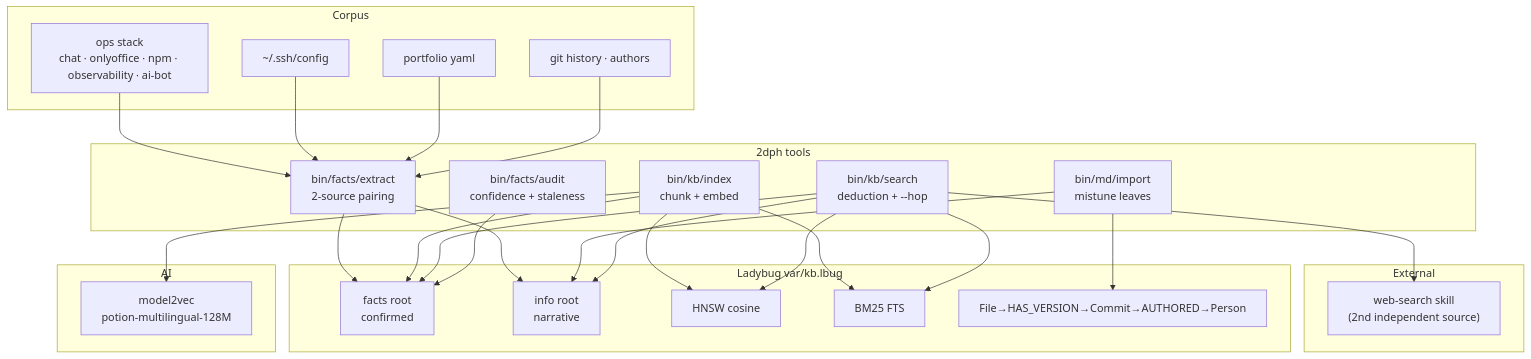
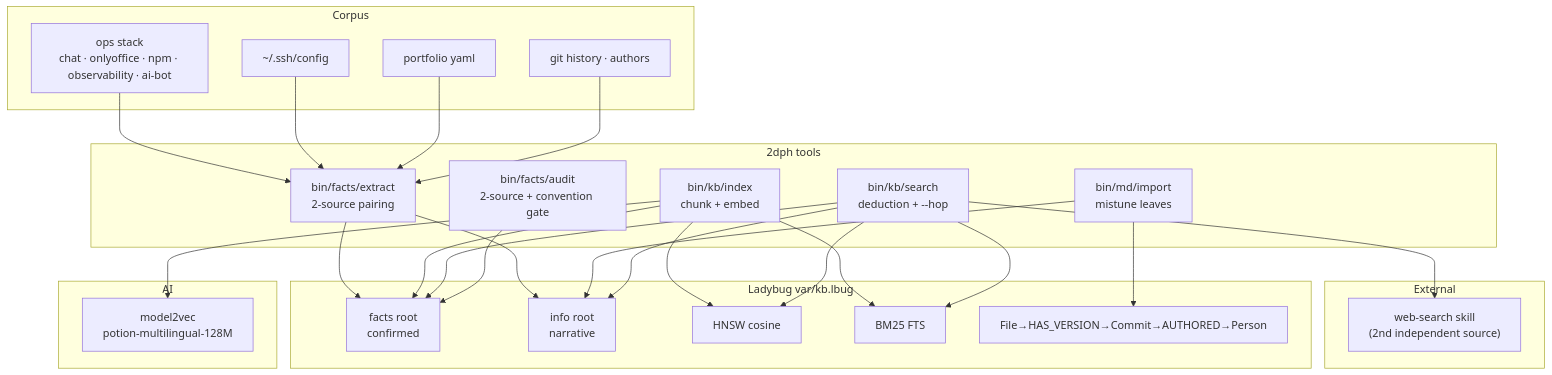
The diagram in README.md (eSlider/2dph), drawn with Mermaid before and after one commit. The commit also changed 5 other files, not shown here.

First line of the commit message:
docs: correct the audit modes and md/import usage the new gate found

````diff
--- a/README.md
+++ b/README.md
@@ -21,52 +21,52 @@
 ```mermaid
 graph TB
     subgraph corpus["Corpus"]
         OPS["ops stack<br/>chat · onlyoffice · npm · observability · ai-bot"]
         SSH["~/.ssh/config"]
         CV["portfolio yaml"]
         GH["git history · authors"]
     end
 
     subgraph dph["2dph tools"]
         EX["bin/facts/extract<br/>2-source pairing"]
-        AU["bin/facts/audit<br/>confidence + staleness"]
+        AU["bin/facts/audit<br/>2-source + convention gate"]
         IDX["bin/kb/index<br/>chunk + embed"]
         MD["bin/md/import<br/>mistune leaves"]
         SR["bin/kb/search<br/>deduction + --hop"]
     end
 
     subgraph store["Ladybug var/kb.lbug"]
         FACTS["facts root<br/>confirmed"]
         INFO["info root<br/>narrative"]
         VEC["HNSW cosine"]
         FTS["BM25 FTS"]
         GR["File→HAS_VERSION→Commit→AUTHORED→Person"]
     end
 
     subgraph ai["AI"]
         M2V["model2vec<br/>potion-multilingual-128M"]
     end
 
     subgraph ext["External"]
         WS["web-search skill<br/>(2nd independent source)"]
     end
 
     OPS --> EX
     SSH --> EX
     CV --> EX
     GH --> EX
     EX --> FACTS
     EX --> INFO
     MD --> GR
     MD --> INFO
     IDX --> M2V
     IDX --> VEC
     IDX --> FTS
     IDX --> FACTS
     SR --> FACTS
     SR --> INFO
     SR --> VEC
     SR --> FTS
     SR --> WS
     AU --> FACTS
 ```
````
